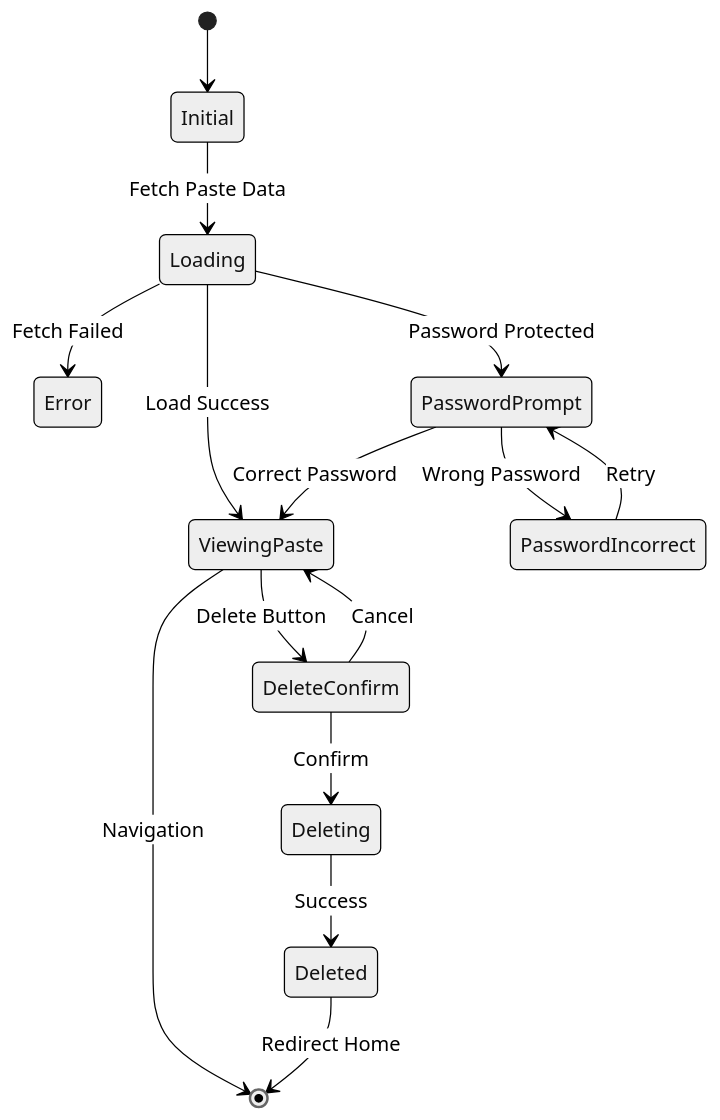
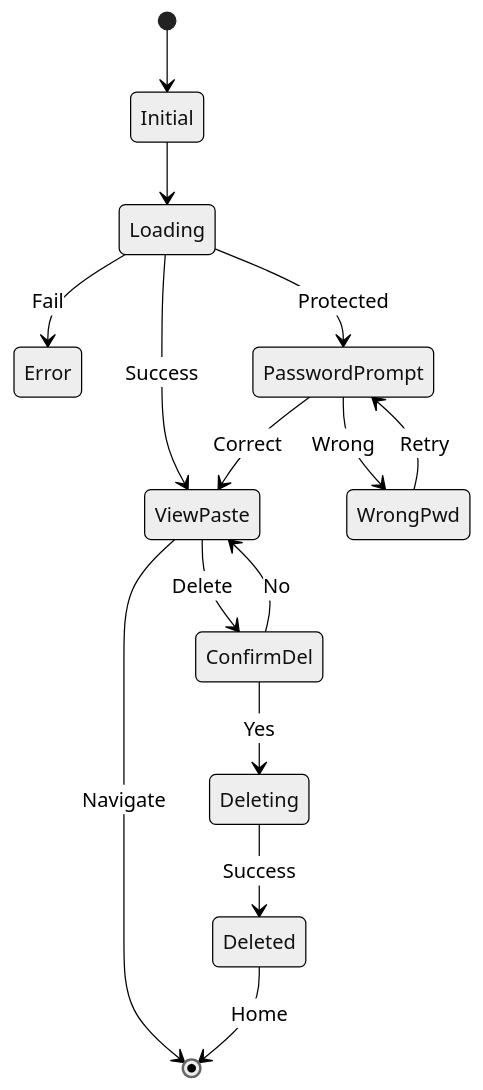
Before and after one commit to erfianugrah/pastebin: the second of 3 diagrams in docs/FRONTEND_ARCHITECTURE.md, drawn with Mermaid (neutral theme). The commit also changed other lines of this file and 4 other files, not shown here.

Commit message:
updated mermaid diagrams

````diff
--- a/docs/FRONTEND_ARCHITECTURE.md
+++ b/docs/FRONTEND_ARCHITECTURE.md
@@ -117,17 +117,17 @@
 ```mermaid
 stateDiagram-v2
     [*] --> Initial
-    Initial --> Loading: Fetch Paste Data
-    Loading --> Error: Fetch Failed
-    Loading --> PasswordPrompt: Password Protected
-    Loading --> ViewingPaste: Load Success
-    PasswordPrompt --> ViewingPaste: Correct Password
-    PasswordPrompt --> PasswordIncorrect: Wrong Password
-    PasswordIncorrect --> PasswordPrompt: Retry
-    ViewingPaste --> [*]: Navigation
-    ViewingPaste --> DeleteConfirm: Delete Button
-    DeleteConfirm --> Deleting: Confirm
-    DeleteConfirm --> ViewingPaste: Cancel
+    Initial --> Loading
+    Loading --> Error: Fail
+    Loading --> PasswordPrompt: Protected
+    Loading --> ViewPaste: Success
+    PasswordPrompt --> ViewPaste: Correct
+    PasswordPrompt --> WrongPwd: Wrong
+    WrongPwd --> PasswordPrompt: Retry
+    ViewPaste --> [*]: Navigate
+    ViewPaste --> ConfirmDel: Delete
+    ConfirmDel --> Deleting: Yes
+    ConfirmDel --> ViewPaste: No
     Deleting --> Deleted: Success
-    Deleted --> [*]: Redirect Home
+    Deleted --> [*]: Home
 ```
````
